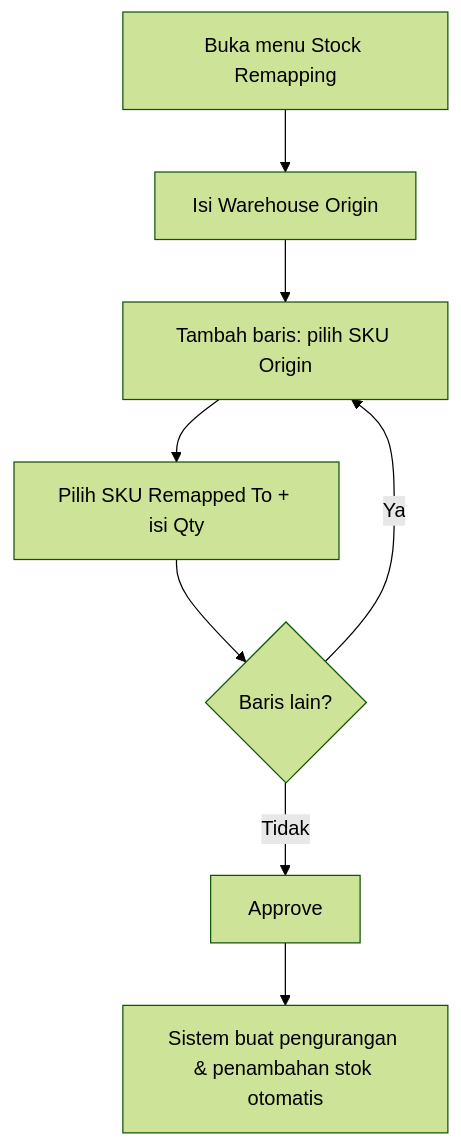
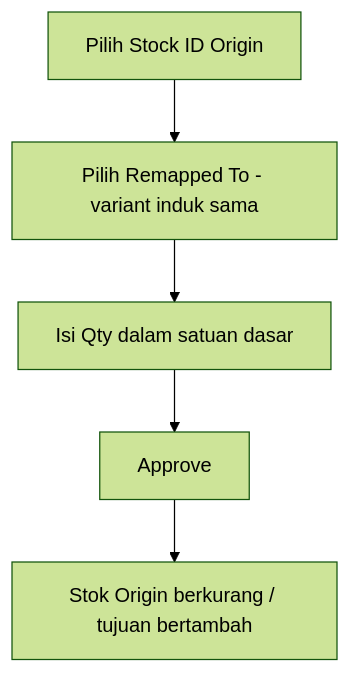
One commit to yendyr/olshoperp-docs changed the diagram in qa-docs/accounting-stock-remapping/knowledge-base.md. Above: the diagram before and after it, drawn with Mermaid (forest theme). The commit also changed other lines of this file and 123 other files, not shown here.

````diff
--- a/qa-docs/accounting-stock-remapping/knowledge-base.md
+++ b/qa-docs/accounting-stock-remapping/knowledge-base.md
@@ -58,10 +25,7 @@
 ```mermaid
 flowchart TD
-    A[Buka menu Stock Remapping] --> B[Isi Warehouse Origin]
-    B --> C[Tambah baris: pilih SKU Origin]
-    C --> D[Pilih SKU Remapped To + isi Qty]
-    D --> E{Baris lain?}
-    E -->|Ya| C
-    E -->|Tidak| F[Approve]
-    F --> G[Sistem buat pengurangan & penambahan stok otomatis]
+    A[Pilih Stock ID Origin] --> B[Pilih Remapped To - variant induk sama]
+    B --> C[Isi Qty dalam satuan dasar]
+    C --> D[Approve]
+    D --> E[Stok Origin berkurang / tujuan bertambah]
 ```
````
